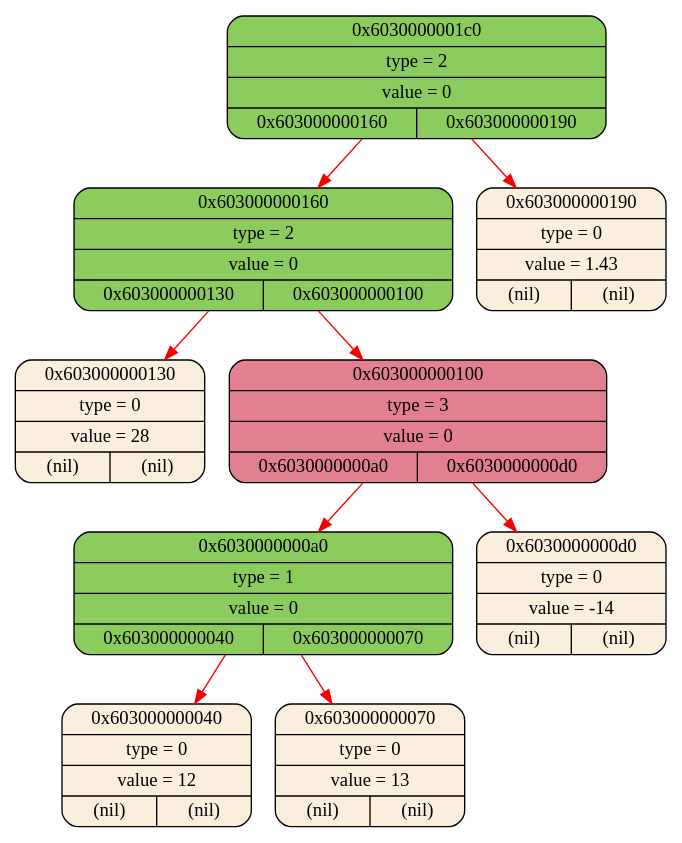
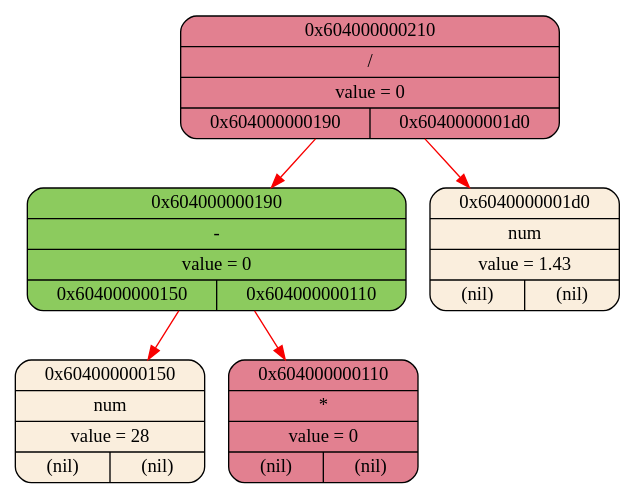
The diagram in logs/log_graphviz.dot (2APetrin/differentiator), drawn with Graphviz before and after one commit. The commit also changed 16 other files, not shown here.

```diff
--- a/logs/log_graphviz.dot
+++ b/logs/log_graphviz.dot
@@ -1,20 +1,12 @@
 digraph
 {
-    node_0x603000000130[shape = Mrecord, label = "{{0x603000000130} | {type = 0} | {value = 28} | {(nil) | (nil)}}", style = "filled", fillcolor = "#FAEEDD"];
-    node_0x603000000040[shape = Mrecord, label = "{{0x603000000040} | {type = 0} | {value = 12} | {(nil) | (nil)}}", style = "filled", fillcolor = "#FAEEDD"];
-    node_0x603000000070[shape = Mrecord, label = "{{0x603000000070} | {type = 0} | {value = 13} | {(nil) | (nil)}}", style = "filled", fillcolor = "#FAEEDD"];
-    node_0x6030000000a0[shape = Mrecord, label = "{{0x6030000000a0} | {type = 1} | {value = 0} | {0x603000000040 | 0x603000000070}}", style = "filled", fillcolor = "#8CCB5E"];
-    node_0x6030000000d0[shape = Mrecord, label = "{{0x6030000000d0} | {type = 0} | {value = -14} | {(nil) | (nil)}}", style = "filled", fillcolor = "#FAEEDD"];
-    node_0x603000000100[shape = Mrecord, label = "{{0x603000000100} | {type = 3} | {value = 0} | {0x6030000000a0 | 0x6030000000d0}}", style = "filled", fillcolor = "#E28090"];
-    node_0x603000000160[shape = Mrecord, label = "{{0x603000000160} | {type = 2} | {value = 0} | {0x603000000130 | 0x603000000100}}", style = "filled", fillcolor = "#8CCB5E"];
-    node_0x603000000190[shape = Mrecord, label = "{{0x603000000190} | {type = 0} | {value = 1.43} | {(nil) | (nil)}}", style = "filled", fillcolor = "#FAEEDD"];
-    node_0x6030000001c0[shape = Mrecord, label = "{{0x6030000001c0} | {type = 2} | {value = 0} | {0x603000000160 | 0x603000000190}}", style = "filled", fillcolor = "#8CCB5E"];
-    node_0x6030000001c0->node_0x603000000160 [color = "#F80000"];
-    node_0x603000000160->node_0x603000000130 [color = "#F80000"];
-    node_0x603000000160->node_0x603000000100 [color = "#F80000"];
-    node_0x603000000100->node_0x6030000000a0 [color = "#F80000"];
-    node_0x6030000000a0->node_0x603000000040 [color = "#F80000"];
-    node_0x6030000000a0->node_0x603000000070 [color = "#F80000"];
-    node_0x603000000100->node_0x6030000000d0 [color = "#F80000"];
-    node_0x6030000001c0->node_0x603000000190 [color = "#F80000"];
+    node_0x604000000150[shape = Mrecord, label = "{{0x604000000150} | {num} | {value = 28} | {(nil) | (nil)}}", style = "filled", fillcolor = "#FAEEDD"];
+    node_0x604000000110[shape = Mrecord, label = "{{0x604000000110} | {*} | {value = 0} | {(nil) | (nil)}}", style = "filled", fillcolor = "#E28090"];
+    node_0x604000000190[shape = Mrecord, label = "{{0x604000000190} | {-} | {value = 0} | {0x604000000150 | 0x604000000110}}", style = "filled", fillcolor = "#8CCB5E"];
+    node_0x6040000001d0[shape = Mrecord, label = "{{0x6040000001d0} | {num} | {value = 1.43} | {(nil) | (nil)}}", style = "filled", fillcolor = "#FAEEDD"];
+    node_0x604000000210[shape = Mrecord, label = "{{0x604000000210} | {/} | {value = 0} | {0x604000000190 | 0x6040000001d0}}", style = "filled", fillcolor = "#E28090"];
+    node_0x604000000210->node_0x604000000190 [color = "#F80000"];
+    node_0x604000000190->node_0x604000000150 [color = "#F80000"];
+    node_0x604000000190->node_0x604000000110 [color = "#F80000"];
+    node_0x604000000210->node_0x6040000001d0 [color = "#F80000"];
 }
```
